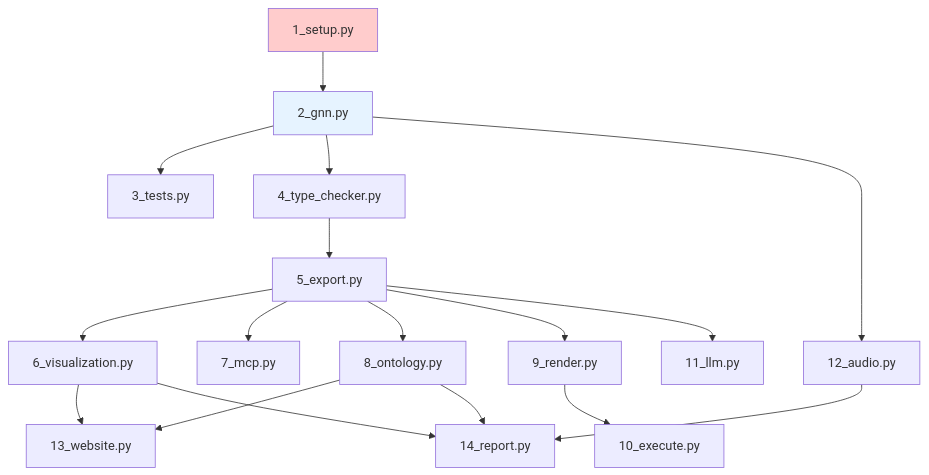
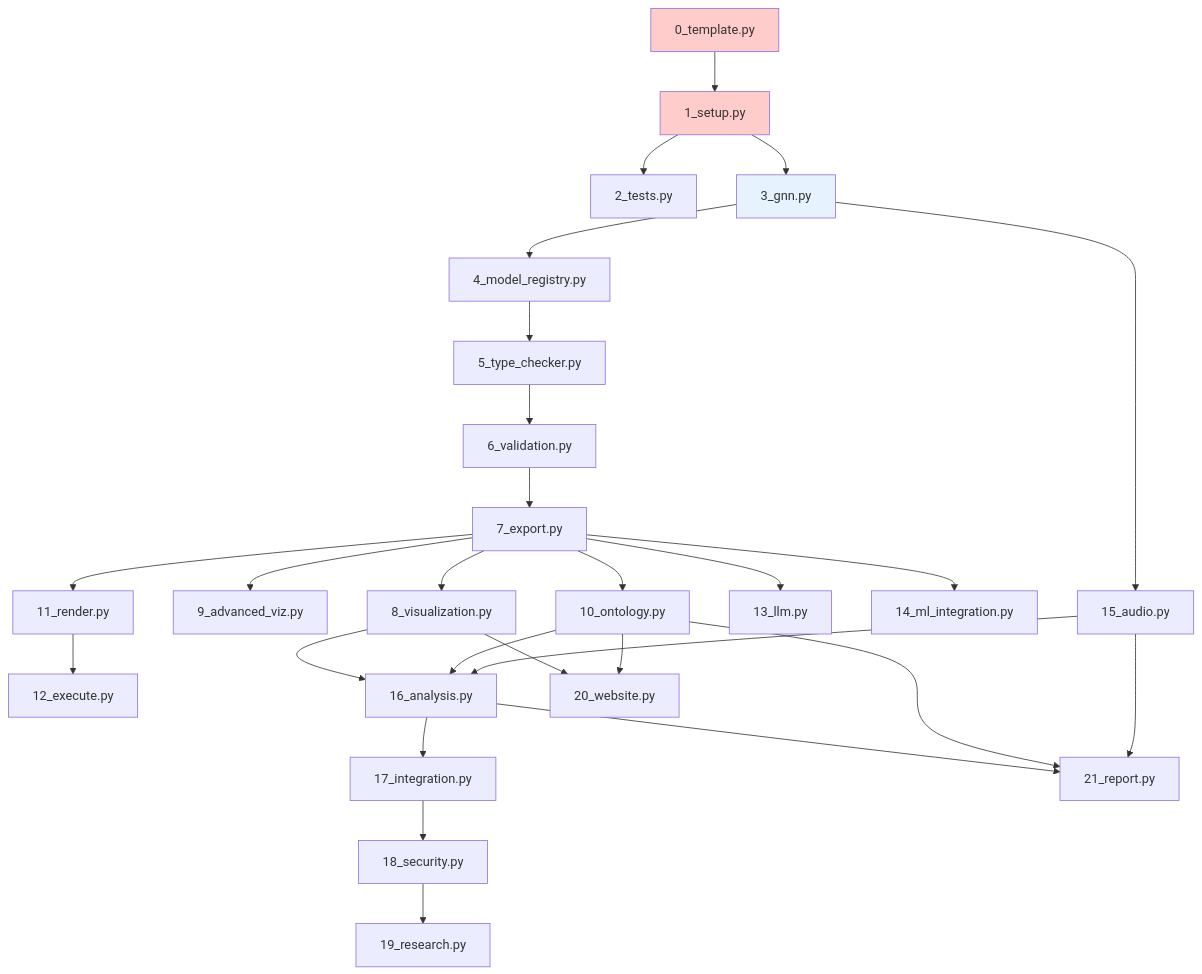
One commit to ActiveInferenceInstitute/GeneralizedNotationNotation changed the diagram in doc/pipeline/PIPELINE_ARCHITECTURE.md. Above: the diagram before and after it, drawn with Mermaid. The commit also changed other lines of this file and 84 other files, not shown here.

````diff
--- a/doc/pipeline/PIPELINE_ARCHITECTURE.md
+++ b/doc/pipeline/PIPELINE_ARCHITECTURE.md
@@ -9,22 +9,33 @@
 ```mermaid
 graph TD
-    A[1_setup.py] --> B[2_gnn.py]
-    B --> C[3_tests.py]
-    B --> D[4_type_checker.py]
-    D --> E[5_export.py]
-    E --> F[6_visualization.py]
-    E --> G[7_mcp.py]
-    E --> H[8_ontology.py]
-    E --> I[9_render.py]
-    I --> J[10_execute.py]
-    E --> K[11_llm.py]
-    B --> L[12_audio.py]
-    F --> M[13_website.py]
-    H --> M
-    F --> N[14_report.py]
-    H --> N
-    L --> N
+    A[0_template.py] --> B[1_setup.py]
+    B --> C[2_tests.py]
+    B --> D[3_gnn.py]
+    D --> E[4_model_registry.py]
+    E --> F[5_type_checker.py]
+    F --> G[6_validation.py]
+    G --> H[7_export.py]
+    H --> I[8_visualization.py]
+    H --> J[9_advanced_viz.py]
+    H --> K[10_ontology.py]
+    H --> L[11_render.py]
+    L --> M[12_execute.py]
+    H --> N[13_llm.py]
+    H --> O[14_ml_integration.py]
+    D --> P[15_audio.py]
+    I --> Q[16_analysis.py]
+    K --> Q
+    P --> Q
+    Q --> R[17_integration.py]
+    R --> S[18_security.py]
+    S --> T[19_research.py]
+    I --> U[20_website.py]
+    K --> U
+    Q --> V[21_report.py]
+    K --> V
+    P --> V
     
     style A fill:#ffcccc
-    style B fill:#e6f3ff
+    style B fill:#ffcccc
+    style D fill:#e6f3ff
 ```
````
